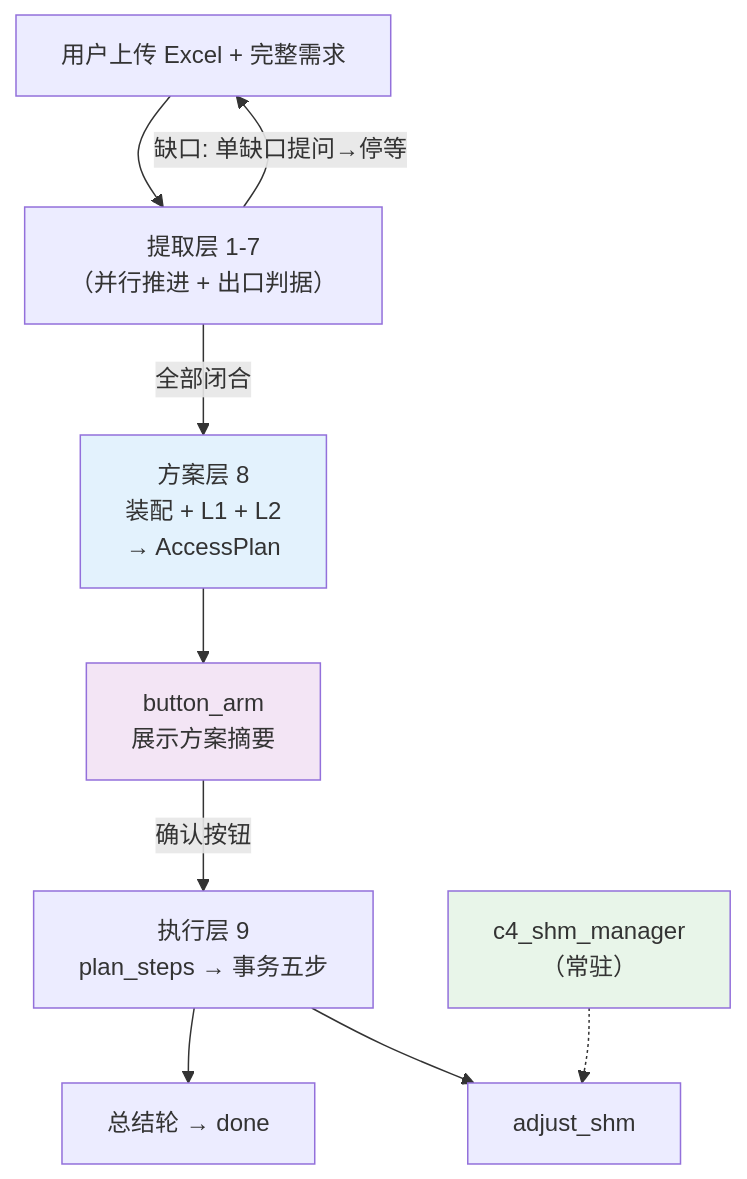
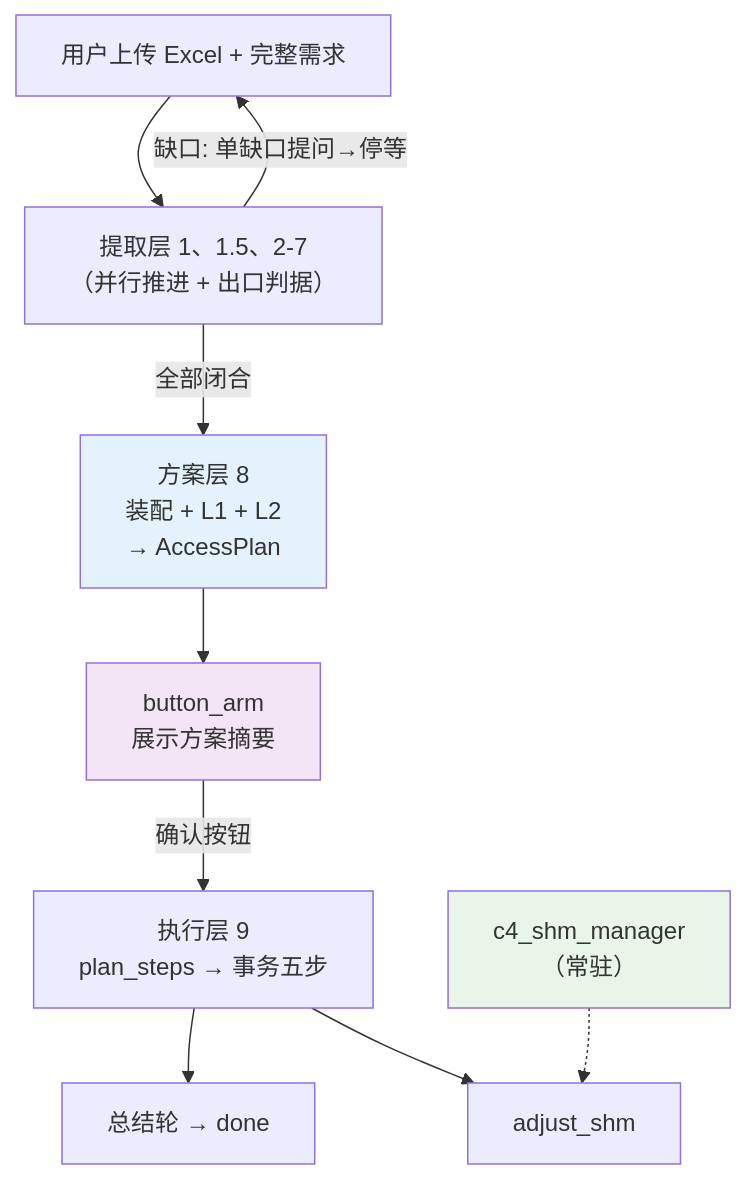
One commit to activesys/c4 changed the third of 3 diagrams in docs/design/agent.md. Above: the diagram before and after it, drawn with Mermaid. The commit also changed other lines of this file and 43 other files, not shown here.

````diff
--- a/docs/design/agent.md
+++ b/docs/design/agent.md
@@ -1933,16 +2081,16 @@
 ```mermaid
 flowchart TD
-    User["用户上传 Excel + 完整需求"] --> Ext["提取层 1-7<br/>（并行推进 + 出口判据）"]
+    User["用户上传 Excel + 完整需求"] --> Ext["提取层 1、1.5、2-7<br/>（并行推进 + 出口判据）"]
     Ext -->|"缺口: 单缺口提问→停等"| User
     Ext -->|"全部闭合"| Plan["方案层 8<br/>装配 + L1 + L2<br/>→ AccessPlan"]
     Plan --> Arm["button_arm<br/>展示方案摘要"]
     Arm -->|确认按钮| Exec["执行层 9<br/>plan_steps → 事务五步"]
     Exec --> Done["总结轮 → done"]
 
     SHM["c4_shm_manager<br/>（常驻）"] -.-> Adjust["adjust_shm"]
     Exec --> Adjust
 
     style SHM fill:#e8f5e9
     style Arm fill:#f3e5f5
     style Plan fill:#e3f2fd
 ```
````
